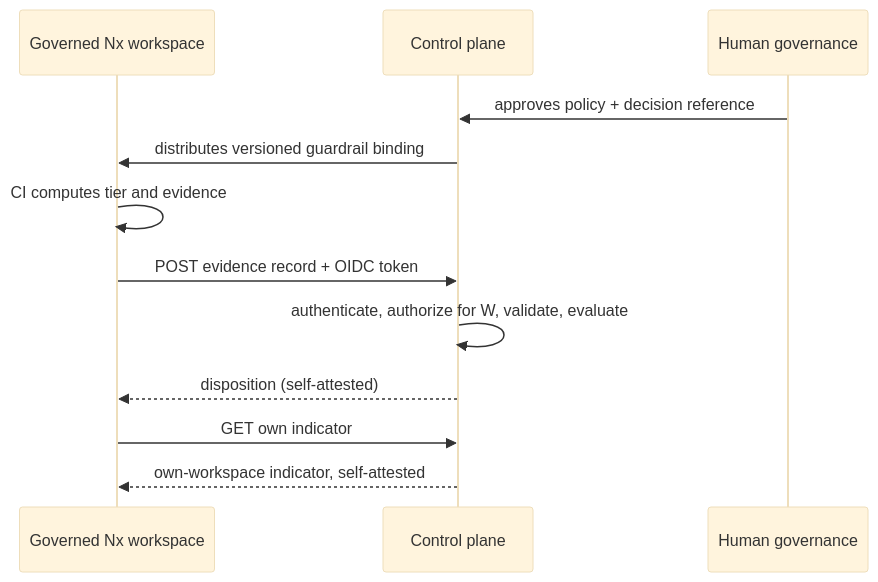
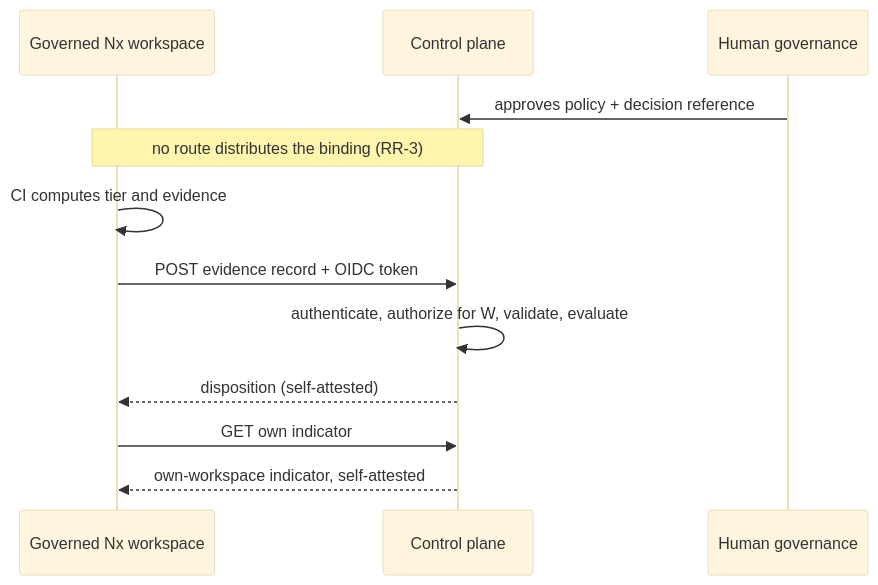
One commit to codeaiforge/sdlc-control-plane changed the diagram in docs/contracts.md. Above: the diagram before and after it, drawn with Mermaid (base theme). The commit also changed other lines of this file and 1 other file, not shown here.

````diff
--- a/docs/contracts.md
+++ b/docs/contracts.md
@@ -33,14 +35,14 @@
 ```mermaid
 sequenceDiagram
   participant WS as Governed Nx workspace
   participant CP as Control plane
   participant H as Human governance
   H->>CP: approves policy + decision reference
-  CP->>WS: distributes versioned guardrail binding
+  Note over CP,WS: no route distributes the binding (RR-3)
   WS->>WS: CI computes tier and evidence
   WS->>CP: POST evidence record + OIDC token
   CP->>CP: authenticate, authorize for W, validate, evaluate
   CP-->>WS: disposition (self-attested)
   WS->>CP: GET own indicator
   CP-->>WS: own-workspace indicator, self-attested
 ```
````
